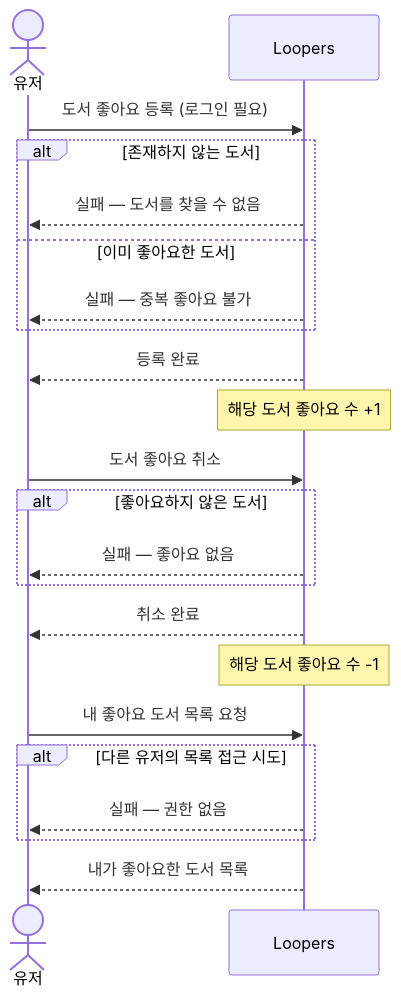
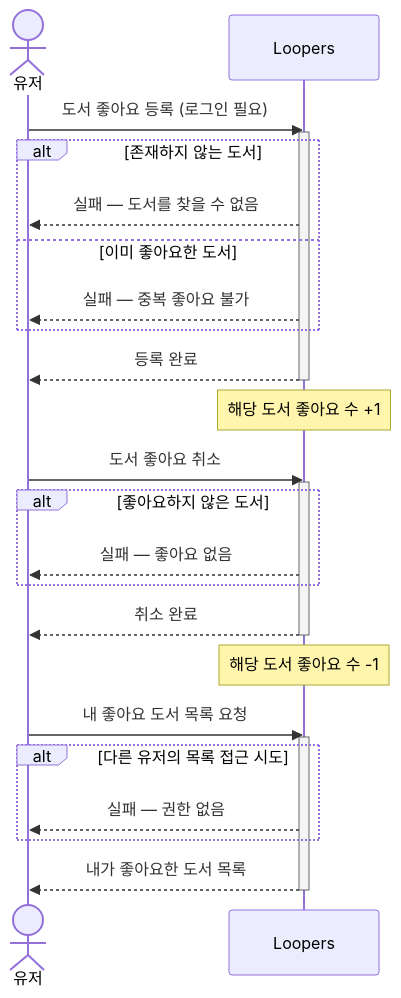
Before and after one commit to loopers-labs/loop-pack-be-l2-vol4-java: the fourth of 8 diagrams in .docs/design/02-sequence-diagrams-overview.md, drawn with Mermaid. The commit also changed other lines of this file and 5 other files, not shown here.

````diff
--- a/.docs/design/02-sequence-diagrams-overview.md
+++ b/.docs/design/02-sequence-diagrams-overview.md
@@ -94,27 +104,33 @@
 ```mermaid
 sequenceDiagram
     actor 유저
     participant 서비스 as Loopers
 
     유저->>서비스: 도서 좋아요 등록 (로그인 필요)
+    activate 서비스
     alt 존재하지 않는 도서
         서비스-->>유저: 실패 — 도서를 찾을 수 없음
     else 이미 좋아요한 도서
         서비스-->>유저: 실패 — 중복 좋아요 불가
     end
     서비스-->>유저: 등록 완료
+    deactivate 서비스
     Note over 서비스: 해당 도서 좋아요 수 +1
 
     유저->>서비스: 도서 좋아요 취소
+    activate 서비스
     alt 좋아요하지 않은 도서
         서비스-->>유저: 실패 — 좋아요 없음
     end
     서비스-->>유저: 취소 완료
+    deactivate 서비스
     Note over 서비스: 해당 도서 좋아요 수 -1
 
     유저->>서비스: 내 좋아요 도서 목록 요청
+    activate 서비스
     alt 다른 유저의 목록 접근 시도
         서비스-->>유저: 실패 — 권한 없음
     end
     서비스-->>유저: 내가 좋아요한 도서 목록
+    deactivate 서비스
 ```
````
